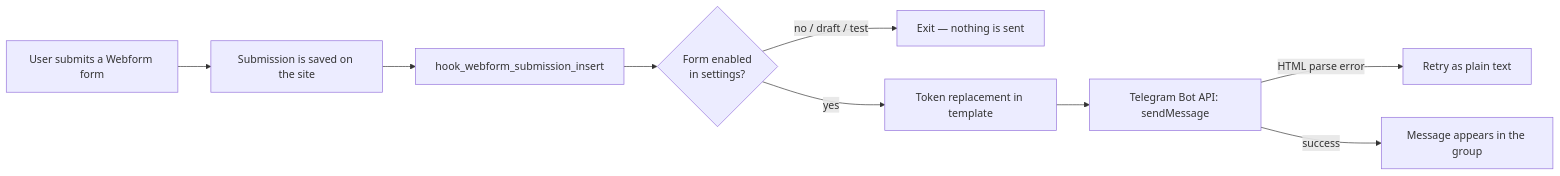
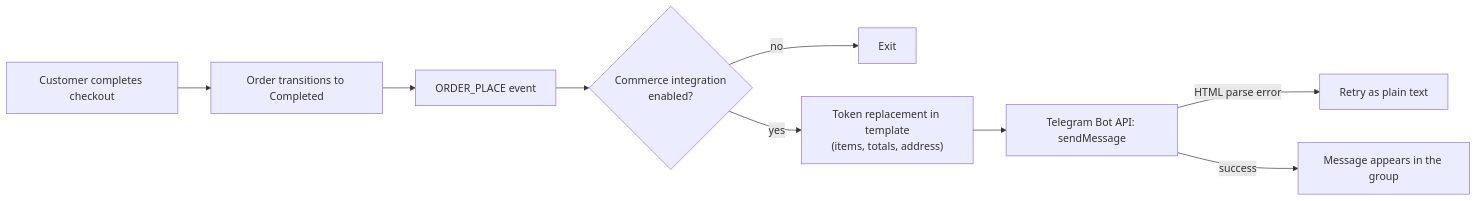
One commit to Mmitekk/drupal-commerce-to-telegram changed the diagram in README.en.md. Above: the diagram before and after it, drawn with Mermaid. The commit also changed other lines of this file and 21 other files, not shown here.

First line of the commit message:
v1.0.0: primary integration with Drupal Commerce orders

````diff
--- a/README.en.md
+++ b/README.en.md
@@ -117,11 +137,11 @@
 ```mermaid
 flowchart LR
-    A["User submits a Webform form"] --> B["Submission is saved on the site"]
-    B --> C["hook_webform_submission_insert"]
-    C --> D{"Form enabled<br>in settings?"}
-    D -- "no / draft / test" --> E["Exit — nothing is sent"]
-    D -- "yes" --> F["Token replacement in template"]
+    A["Customer completes checkout"] --> B["Order transitions to Completed"]
+    B --> C["ORDER_PLACE event"]
+    C --> D{"Commerce integration<br>enabled?"}
+    D -- "no" --> E["Exit"]
+    D -- "yes" --> F["Token replacement in template<br>(items, totals, address)"]
     F --> G["Telegram Bot API: sendMessage"]
     G -- "HTML parse error" --> H["Retry as plain text"]
     G -- "success" --> I["Message appears in the group"]
 ```
````
